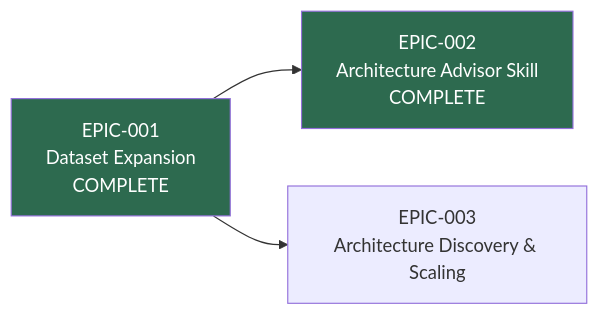
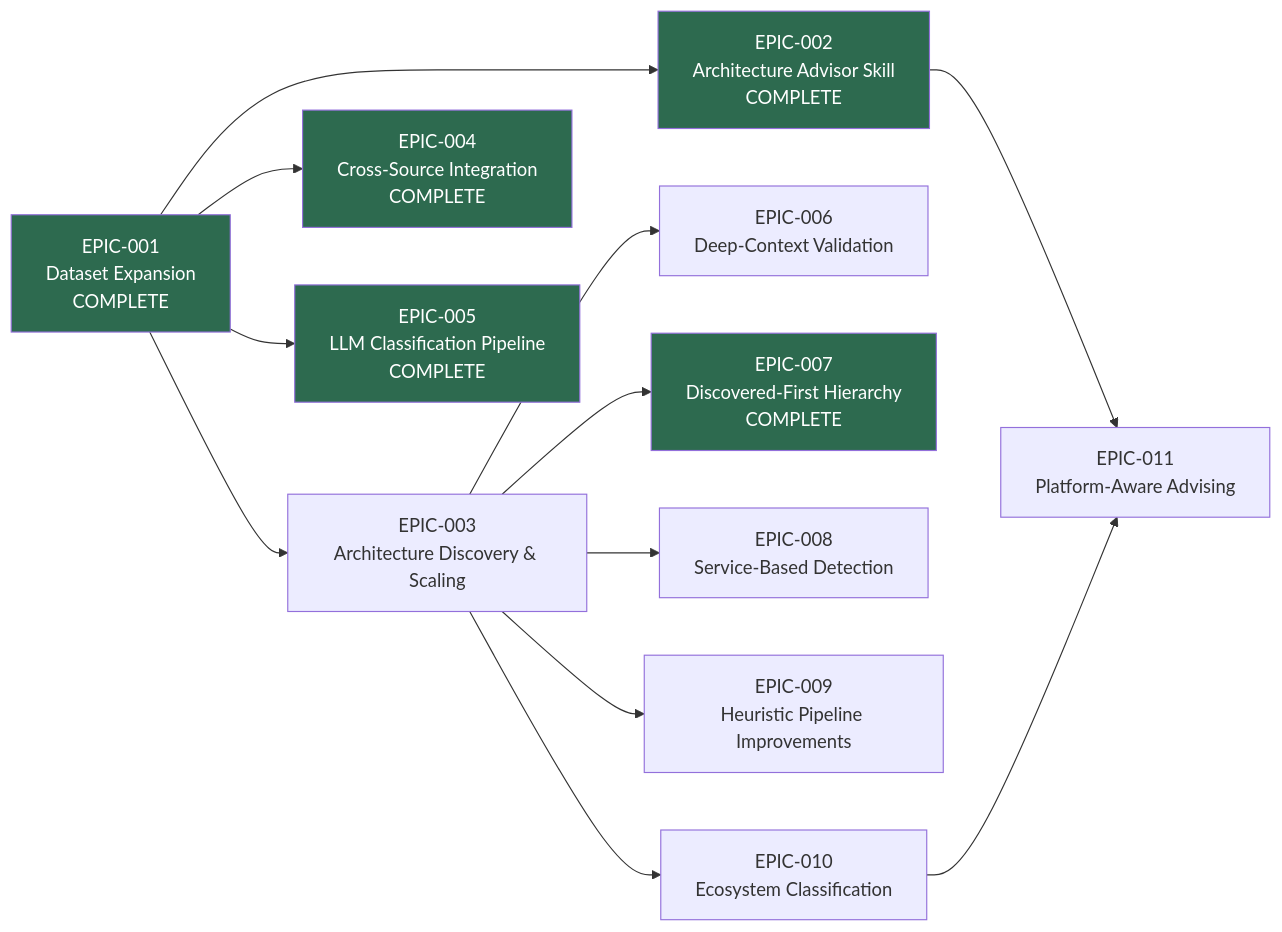
One commit to cristoslc/architecture-reference changed the diagram in docs/vision/(VISION-001)-Evidence-Based-Architecture-Decision-Platform/roadmap.md. Above: the diagram before and after it, drawn with Mermaid. The commit also changed other lines of this file and 3 other files, not shown here.

First line of the commit message:
Add EPIC-011 (Platform-Aware Advising), update VISION-001 and roadmap

````diff
--- a/docs/vision/(VISION-001)-Evidence-Based-Architecture-Decision-Platform/roadmap.md
+++ b/docs/vision/(VISION-001)-Evidence-Based-Architecture-Decision-Platform/roadmap.md
@@ -7,7 +7,19 @@
 ```mermaid
 graph LR
     E1[EPIC-001<br/>Dataset Expansion<br/>COMPLETE] --> E2[EPIC-002<br/>Architecture Advisor Skill<br/>COMPLETE]
     E1 --> E3[EPIC-003<br/>Architecture Discovery & Scaling]
+    E1 --> E4[EPIC-004<br/>Cross-Source Integration<br/>COMPLETE]
+    E1 --> E5[EPIC-005<br/>LLM Classification Pipeline<br/>COMPLETE]
+    E3 --> E6[EPIC-006<br/>Deep-Context Validation]
+    E3 --> E7[EPIC-007<br/>Discovered-First Hierarchy<br/>COMPLETE]
+    E3 --> E8[EPIC-008<br/>Service-Based Detection]
+    E3 --> E9[EPIC-009<br/>Heuristic Pipeline Improvements]
+    E3 --> E10[EPIC-010<br/>Ecosystem Classification]
+    E2 --> E11[EPIC-011<br/>Platform-Aware Advising]
+    E10 --> E11
     style E1 fill:#2d6a4f,color:#fff
     style E2 fill:#2d6a4f,color:#fff
+    style E4 fill:#2d6a4f,color:#fff
+    style E5 fill:#2d6a4f,color:#fff
+    style E7 fill:#2d6a4f,color:#fff
 ```
````
